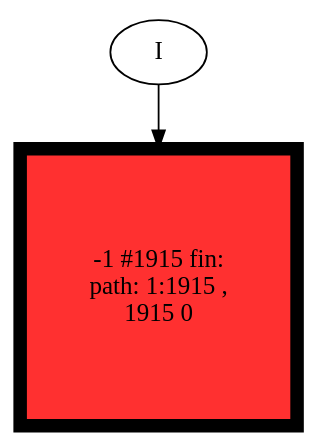
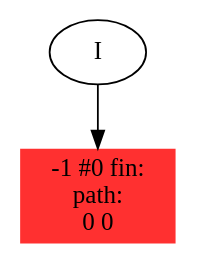
One commit to amar-mesic/cyber-data changed the diagram in lab-3/data/ff/flex_trace.csv.ff.init.dot. Above: the diagram before and after it, drawn with Graphviz. The commit also changed 6 other files, not shown here.

```diff
--- a/lab-3/data/ff/flex_trace.csv.ff.init.dot
+++ b/lab-3/data/ff/flex_trace.csv.ff.init.dot
@@ -1,8 +1,8 @@
 // produced with flexfringe // 
 digraph DFA {
 	-1 [label="root" shape=box];
 		I -> -1;
-	-1 [ label="-1 #1915 fin: 
- path: 1:1915 , 
-1915 0" , style=filled, fillcolor="firebrick1", width=2.14687, height=2.14687, penwidth=7.55799];
+	-1 [ label="-1 #0 fin: 
+ path: 
+0 0" , style=filled, fillcolor="firebrick1", width=0, height=0, penwidth=0];
 }
```
